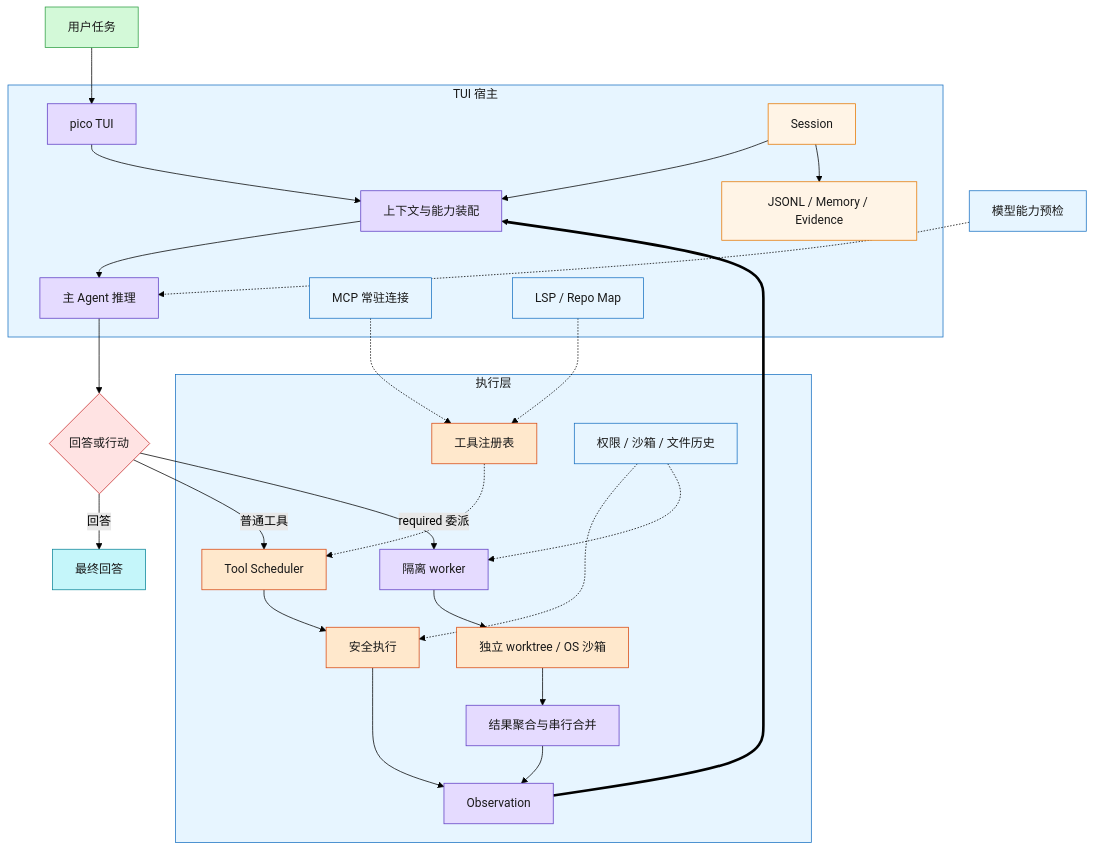
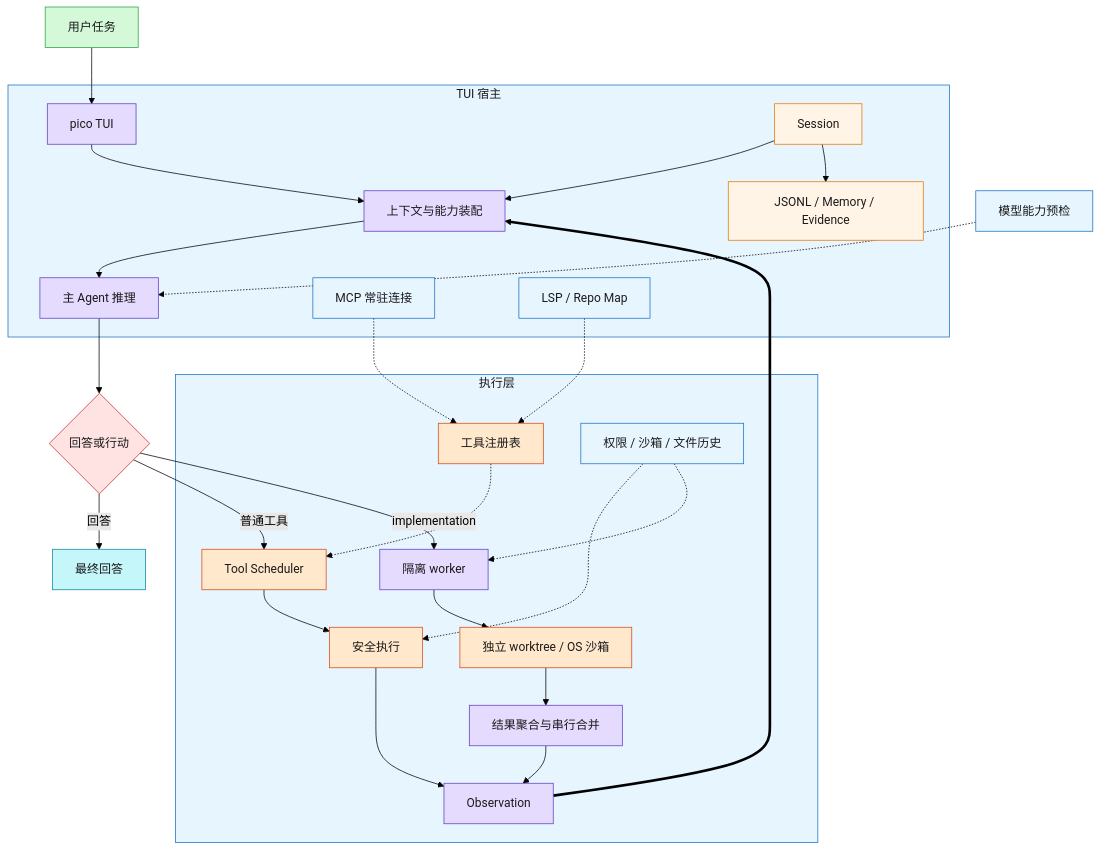
One commit to 99Gaoxiaoqi/pico-harness changed the diagram in docs/images/pico-harness-architecture/architecture-overview.mmd. Above: the diagram before and after it, drawn with Mermaid (forest theme). The commit also changed 66 other files, not shown here.

```diff
--- a/docs/images/pico-harness-architecture/architecture-overview.mmd
+++ b/docs/images/pico-harness-architecture/architecture-overview.mmd
@@ -1,50 +1,50 @@
 flowchart TB
     U[用户任务] --> T[pico TUI]
 
     subgraph HOST[TUI 宿主]
         T --> C[上下文与能力装配]
         C --> M[主 Agent 推理]
         E[Session] --> C
         E --> DB[JSONL / Memory / Evidence]
         MC[MCP 常驻连接]
         CI[LSP / Repo Map]
     end
 
     M --> D{回答或行动}
     D -- 回答 --> O[最终回答]
     D -- 普通工具 --> S[Tool Scheduler]
-    D -- required 委派 --> W[隔离 worker]
+    D -- implementation --> W[隔离 worker]
 
     subgraph EXEC[执行层]
         S --> R[安全执行]
         W --> I[独立 worktree / OS 沙箱]
         I --> J[结果聚合与串行合并]
         R --> B[Observation]
         J --> B
         X[工具注册表]
         G[权限 / 沙箱 / 文件历史]
     end
 
     B ==> C
     P[模型能力预检] -.-> M
     MC -.-> X
     CI -.-> X
     X -.-> S
     G -.-> R
     G -.-> W
 
     classDef input fill:#d3f9d8,stroke:#2f9e44,color:#1a1a1a
     classDef process fill:#e5dbff,stroke:#5f3dc4,color:#1a1a1a
     classDef decision fill:#ffe3e3,stroke:#c92a2a,color:#1a1a1a
     classDef action fill:#ffe8cc,stroke:#d9480f,color:#1a1a1a
     classDef output fill:#c5f6fa,stroke:#0c8599,color:#1a1a1a
     classDef storage fill:#fff4e6,stroke:#e67700,color:#1a1a1a
     classDef meta fill:#e7f5ff,stroke:#1971c2,color:#1a1a1a
 
     class U input
     class T,C,M,B,W,J process
     class D decision
     class S,R,X,I action
     class O output
     class E,DB storage
     class P,G,MC,CI,HOST,EXEC meta
```
